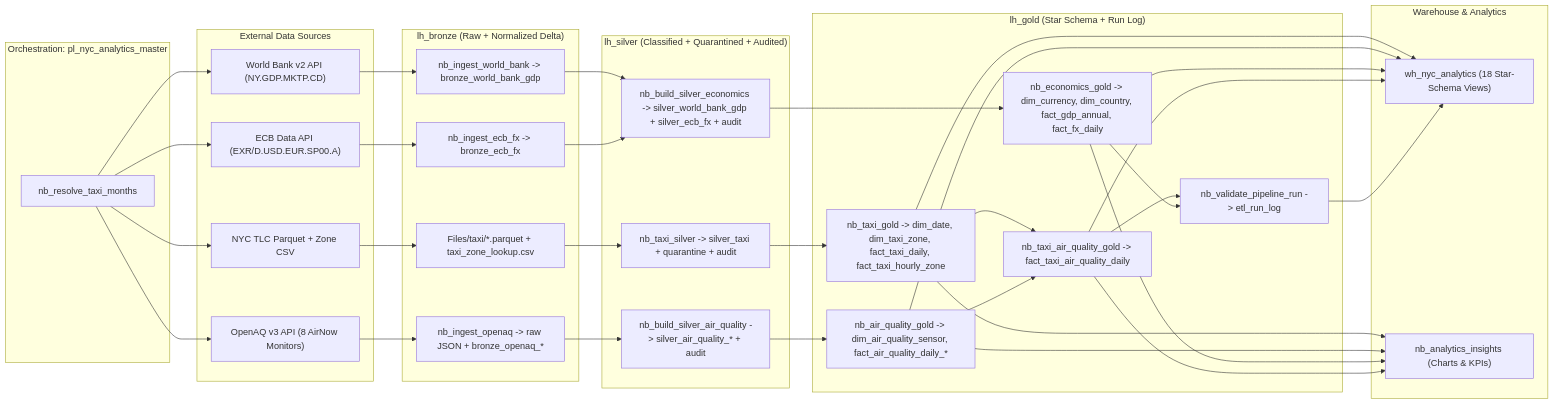
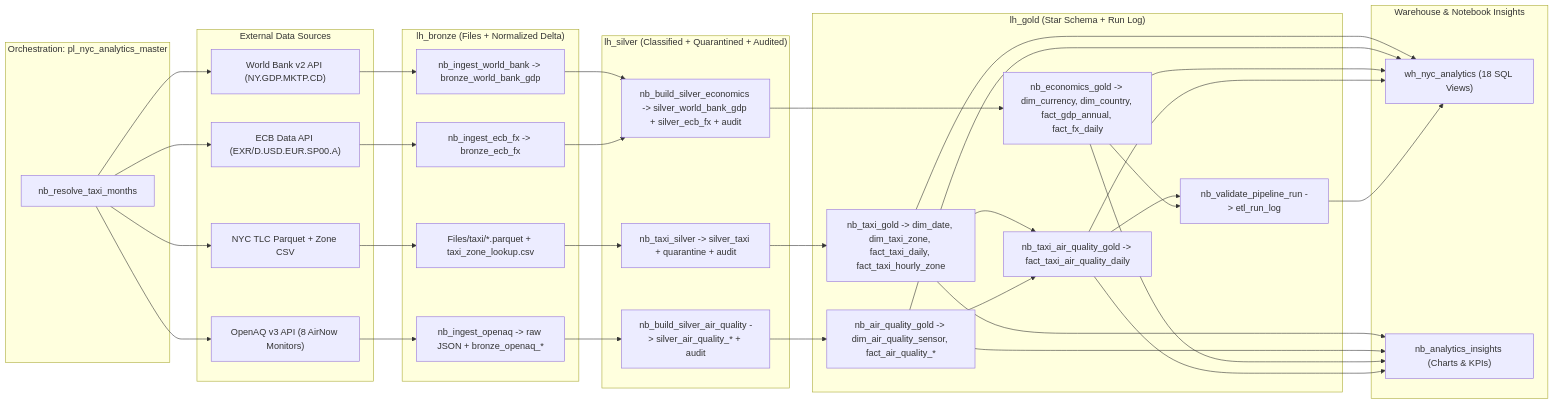
One commit to israfil-miya/fabric changed the diagram in README.md. Above: the diagram before and after it, drawn with Mermaid. The commit also changed other lines of this file and 2 other files, not shown here.

````diff
--- a/README.md
+++ b/README.md
@@ -21,49 +13,49 @@
 ```mermaid
 flowchart LR
     subgraph Sources["External Data Sources"]
         TLC["NYC TLC Parquet + Zone CSV"]
         OAQ["OpenAQ v3 API (8 AirNow Monitors)"]
         WB["World Bank v2 API (NY.GDP.MKTP.CD)"]
         ECB["ECB Data API (EXR/D.USD.EUR.SP00.A)"]
     end
 
     subgraph Master["Orchestration: pl_nyc_analytics_master"]
         RES["nb_resolve_taxi_months"]
     end
 
-    subgraph Bronze["lh_bronze (Raw + Normalized Delta)"]
+    subgraph Bronze["lh_bronze (Files + Normalized Delta)"]
         B1["Files/taxi/*.parquet + taxi_zone_lookup.csv"]
         B2["nb_ingest_openaq -> raw JSON + bronze_openaq_*"]
         B3["nb_ingest_world_bank -> bronze_world_bank_gdp"]
         B4["nb_ingest_ecb_fx -> bronze_ecb_fx"]
     end
 
     subgraph Silver["lh_silver (Classified + Quarantined + Audited)"]
         S1["nb_taxi_silver -> silver_taxi + quarantine + audit"]
         S2["nb_build_silver_air_quality -> silver_air_quality_* + audit"]
         S3["nb_build_silver_economics -> silver_world_bank_gdp + silver_ecb_fx + audit"]
     end
 
     subgraph Gold["lh_gold (Star Schema + Run Log)"]
         G1["nb_taxi_gold -> dim_date, dim_taxi_zone, fact_taxi_daily, fact_taxi_hourly_zone"]
-        G2["nb_air_quality_gold -> dim_air_quality_sensor, fact_air_quality_daily_*"]
+        G2["nb_air_quality_gold -> dim_air_quality_sensor, fact_air_quality_*"]
         G3["nb_economics_gold -> dim_currency, dim_country, fact_gdp_annual, fact_fx_daily"]
         G4["nb_taxi_air_quality_gold -> fact_taxi_air_quality_daily"]
         VAL["nb_validate_pipeline_run -> etl_run_log"]
     end
 
-    subgraph Serve["Warehouse & Analytics"]
-        WH["wh_nyc_analytics (18 Star-Schema Views)"]
+    subgraph Serve["Warehouse & Notebook Insights"]
+        WH["wh_nyc_analytics (18 SQL Views)"]
         VIS["nb_analytics_insights (Charts & KPIs)"]
     end
 
     RES --> TLC & OAQ & WB & ECB
     TLC --> B1 --> S1 --> G1
     OAQ --> B2 --> S2 --> G2
     WB --> B3 --> S3 --> G3
     ECB --> B4 --> S3
     G1 & G2 --> G4
     G4 & G3 --> VAL
     G1 & G2 & G3 & G4 & VAL --> WH
     G1 & G2 & G3 & G4 --> VIS
 ```
````
